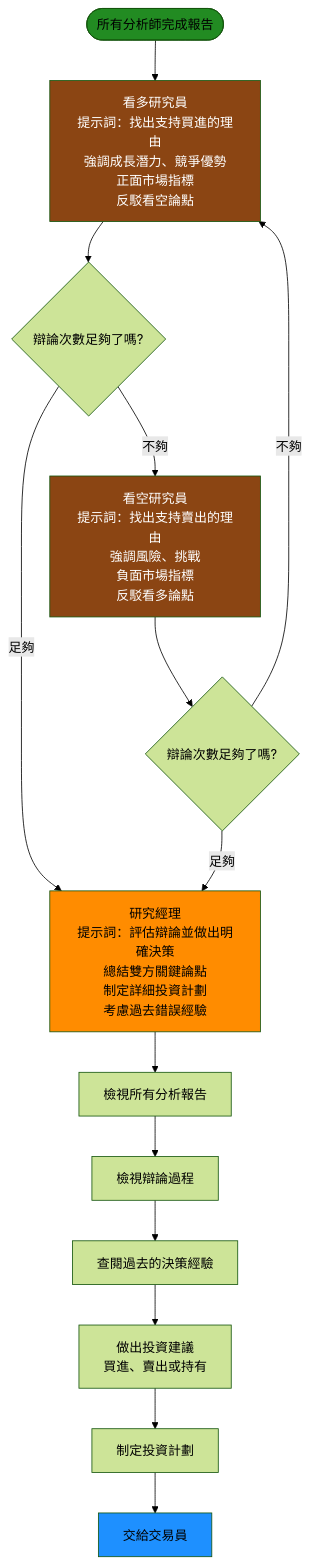
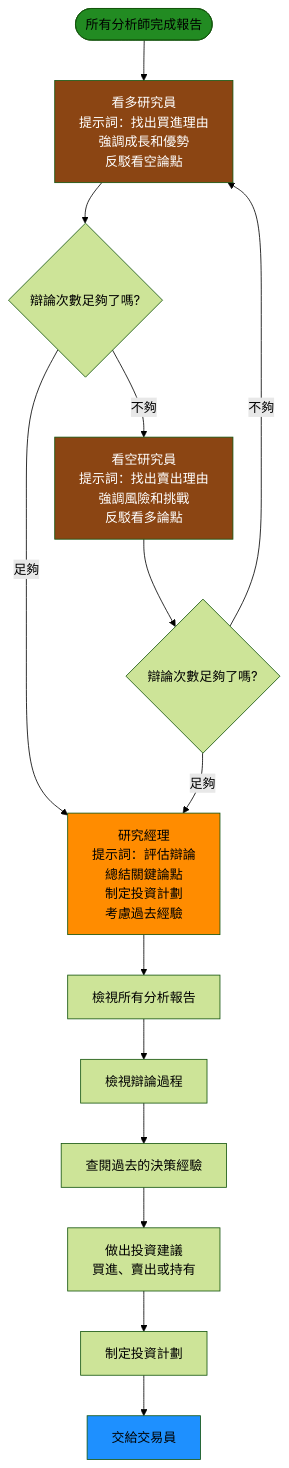
Before and after one commit to chitienshih-wq/Git_Test: the sixth of 9 diagrams in 流程圖_簡化.md, drawn with Mermaid (forest theme). The commit also changed other lines of this file, not shown here.

````diff
--- a/流程圖_簡化.md
+++ b/流程圖_簡化.md
@@ -162,27 +162,27 @@
 ```mermaid
 flowchart TD
-    Start([所有分析師完成報告]) --> BullResearcher[看多研究員<br/>提示詞：找出支持買進的理由<br/>強調成長潛力、競爭優勢<br/>正面市場指標<br/>反駁看空論點]
+    Start([所有分析師完成報告]) --> BullResearcher[看多研究員<br/>提示詞：找出買進理由<br/>強調成長和優勢<br/>反駁看空論點]
     
     BullResearcher --> CheckRounds{辯論次數足夠了嗎?}
     
-    CheckRounds -->|不夠| BearResearcher[看空研究員<br/>提示詞：找出支持賣出的理由<br/>強調風險、挑戰<br/>負面市場指標<br/>反駁看多論點]
-    CheckRounds -->|足夠| ResearchManager[研究經理<br/>提示詞：評估辯論並做出明確決策<br/>總結雙方關鍵論點<br/>制定詳細投資計劃<br/>考慮過去錯誤經驗]
+    CheckRounds -->|不夠| BearResearcher[看空研究員<br/>提示詞：找出賣出理由<br/>強調風險和挑戰<br/>反駁看多論點]
+    CheckRounds -->|足夠| ResearchManager[研究經理<br/>提示詞：評估辯論<br/>總結關鍵論點<br/>制定投資計劃<br/>考慮過去經驗]
     
     BearResearcher --> CheckRounds2{辯論次數足夠了嗎?}
     
     CheckRounds2 -->|不夠| BullResearcher
     CheckRounds2 -->|足夠| ResearchManager
     
     ResearchManager --> ReviewReports[檢視所有分析報告]
     ReviewReports --> ReviewDebate[檢視辯論過程]
     ReviewDebate --> CheckMemory[查閱過去的決策經驗]
     CheckMemory --> MakeDecision[做出投資建議<br/>買進、賣出或持有]
     MakeDecision --> CreatePlan[制定投資計劃]
     CreatePlan --> Trader[交給交易員]
     
     style Start fill:#228B22
     style ResearchManager fill:#FF8C00
     style Trader fill:#1E90FF
     style BullResearcher fill:#8B4513,color:#FFFFFF
     style BearResearcher fill:#8B4513,color:#FFFFFF
 ```
````
